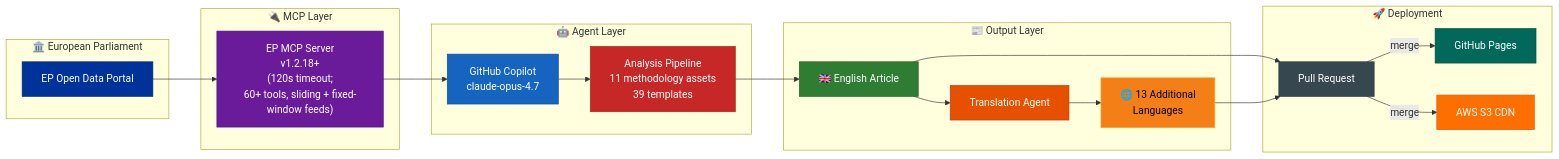
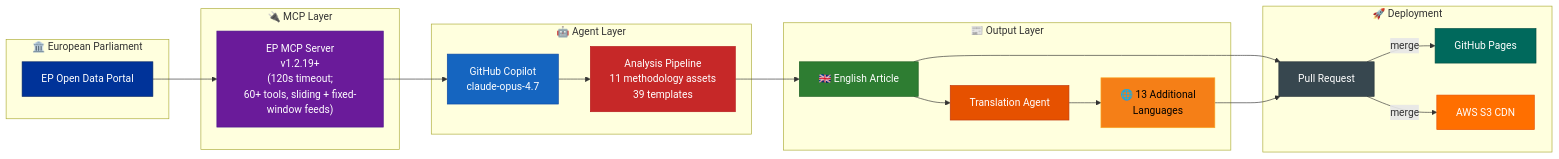
One commit to Hack23/euparliamentmonitor changed diagram 22 of 22 in WORKFLOWS.md. Above: the diagram before and after it, drawn with Mermaid. The commit also changed other lines of this file and 53 other files, not shown here.

First line of the commit message:
chore: bump european-parliament-mcp-server from 1.2.18 to 1.2.19 in all workflows, clients, code, tests, scripts, config and docs

````diff
--- a/WORKFLOWS.md
+++ b/WORKFLOWS.md
@@ -2012,42 +2012,42 @@
 ```mermaid
 flowchart LR
     subgraph "🏛️ European Parliament"
         EP["EP Open Data Portal"]
     end
 
     subgraph "🔌 MCP Layer"
-        MCP["EP MCP Server<br/>v1.2.18+<br/>(120s timeout;<br/>60+ tools, sliding + fixed-window feeds)"]
+        MCP["EP MCP Server<br/>v1.2.19+<br/>(120s timeout;<br/>60+ tools, sliding + fixed-window feeds)"]
     end
 
     subgraph "🤖 Agent Layer"
         Agent["GitHub Copilot<br/>claude-opus-4.7"]
         Analyze["Analysis Pipeline<br/>11 methodology assets<br/>39 templates"]
     end
 
     subgraph "📰 Output Layer"
         EN["🇬🇧 English Article"]
         Translate["Translation Agent"]
         Multi["🌐 13 Additional<br/>Languages"]
     end
 
     subgraph "🚀 Deployment"
         PR["Pull Request"]
         Pages["GitHub Pages"]
         S3["AWS S3 CDN"]
     end
 
     EP --> MCP --> Agent --> Analyze --> EN --> PR
     EN --> Translate --> Multi --> PR
     PR --> |"merge"| Pages & S3
 
     style EP fill:#003399,stroke:#002266,color:#FFFFFF
     style MCP fill:#6A1B9A,stroke:#4A148C,color:#FFFFFF
     style Agent fill:#1565C0,stroke:#0D47A1,color:#FFFFFF
     style Analyze fill:#C62828,stroke:#B71C1C,color:#FFFFFF
     style EN fill:#2E7D32,stroke:#1B5E20,color:#FFFFFF
     style Translate fill:#E65100,stroke:#BF360C,color:#FFFFFF
     style Multi fill:#F57F17,stroke:#F9A825,color:#000000
     style PR fill:#37474F,stroke:#263238,color:#FFFFFF
     style Pages fill:#00695C,stroke:#004D40,color:#FFFFFF
     style S3 fill:#FF6F00,stroke:#E65100,color:#FFFFFF
 ```
````
